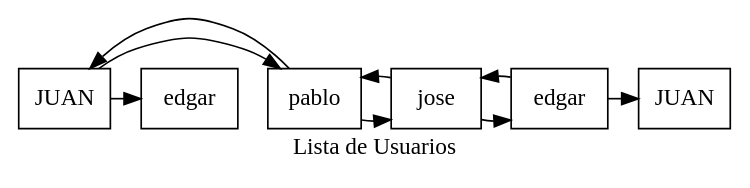
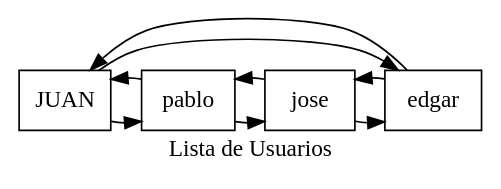
The diagram in Pruebas Cpp/Usuarios.dot (EdgarAlvarez-ROL/-EDD_2S-BatallaNaval_202001144), drawn with Graphviz before and after one commit. The commit also changed 9 other files, not shown here.

```diff
--- a/Pruebas Cpp/Usuarios.dot
+++ b/Pruebas Cpp/Usuarios.dot
@@ -1,22 +1,22 @@
 
 
 
 
 
 digraph G {
 label="Lista de Usuarios";
 node [shape=box];
 //agregar nodos
 UJUAN[label="JUAN"];
 Upablo[label="pablo"];
 Ujose[label="jose"];
 Uedgar[label="edgar"];
 //Enlazar imagenes
 {rank=same;
 UJUAN->Upablo->Ujose->Uedgar
 Uedgar->Ujose->Upablo->UJUAN
-UJUAN->edgar
-Uedgar->JUAN
+UJUAN->Uedgar
+Uedgar->UJUAN
 
 }
 }
```
